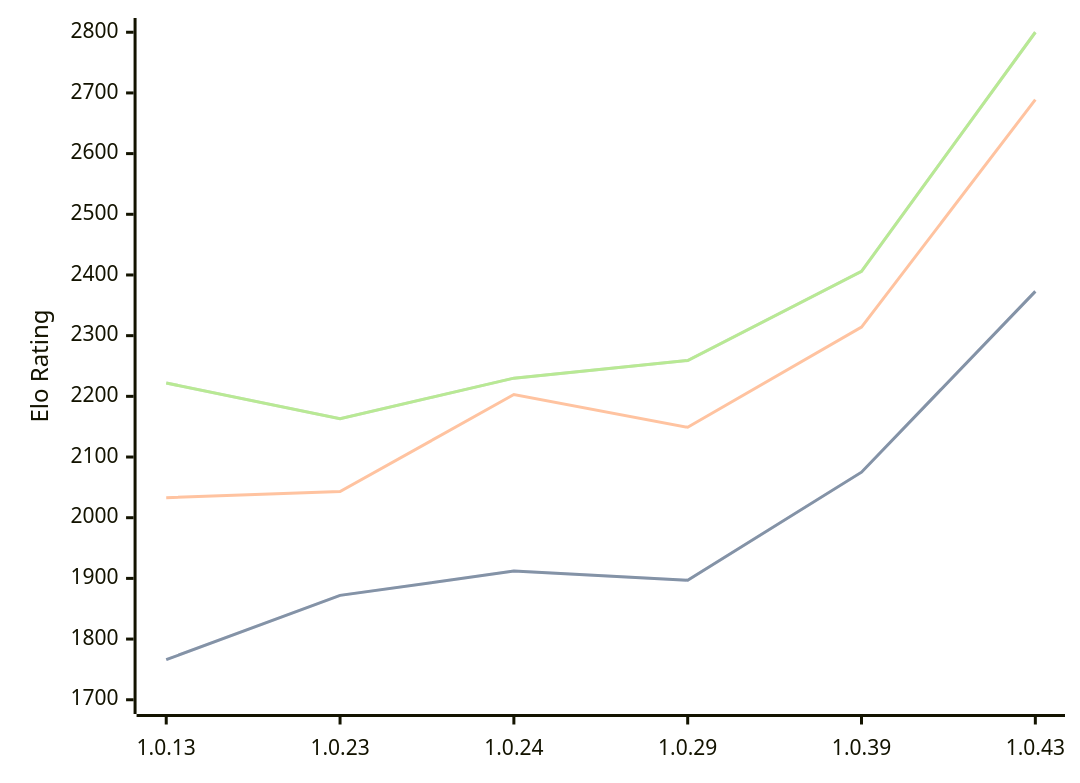
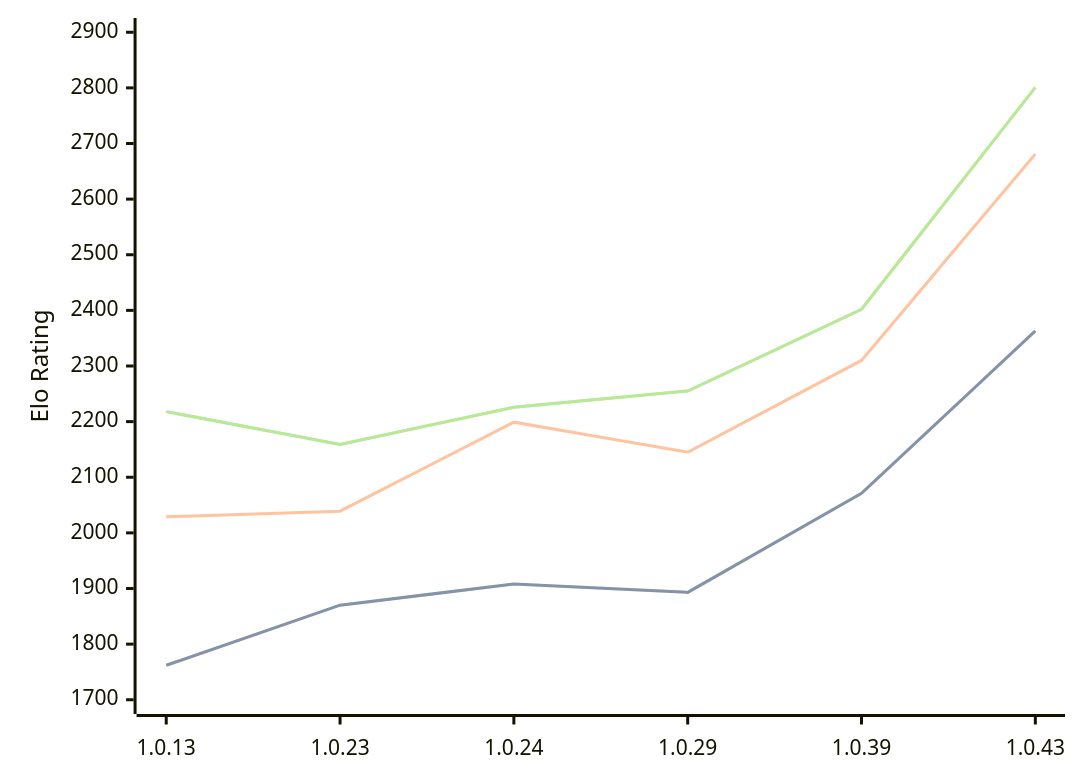
The first of 3 diagrams in engines/RustyRival.md (computer-chess-index/cci), drawn with Mermaid before and after one commit. The commit also changed other lines of this file, not shown here.

Commit message:
Update CCI Ratings (ELO VLTC) - 2026-07-16

````diff
--- a/engines/RustyRival.md
+++ b/engines/RustyRival.md
@@ -68,11 +68,11 @@
 ```mermaid
 %%{init: {"theme":"base","themeVariables":{"seriesColors:['#a3a3a3','#222221','#faa371']}}}%%
 xychart-beta
   x-axis ["1.0.13", "1.0.23", "1.0.24", "1.0.29", "1.0.39", "1.0.43"]
-  y-axis "Elo Rating" 1700 --> 2800
-  line "STC (8.0+0.08s)" [1766, 1872, 1912, 1897, 2075, 2373]
-  line "STC (8.0+0.08s)" [1766, 1872, 1912, 1897, 2075, 2373]
-  line "LTC (60.0+0.60s)" [2033, 2043, 2203, 2149, 2314, 2689]
-  line "VLTC (2m24s+1.12s)" [2222, 2163, 2230, 2259, 2406, 2800]
-  line "VLTC (2m24s+1.12s)" [2222, 2163, 2230, 2259, 2406, 2800]
+  y-axis "Elo Rating" 1700 --> 2900
+  line "STC (8.0+0.08s)" [1762, 1870, 1908, 1893, 2071, 2363]
+  line "STC (8.0+0.08s)" [1762, 1870, 1908, 1893, 2071, 2363]
+  line "LTC (60.0+0.60s)" [2029, 2039, 2199, 2145, 2310, 2681]
+  line "VLTC (2m24s+1.12s)" [2218, 2159, 2226, 2255, 2402, 2801]
+  line "VLTC (2m24s+1.12s)" [2218, 2159, 2226, 2255, 2402, 2801]
 ```
````
